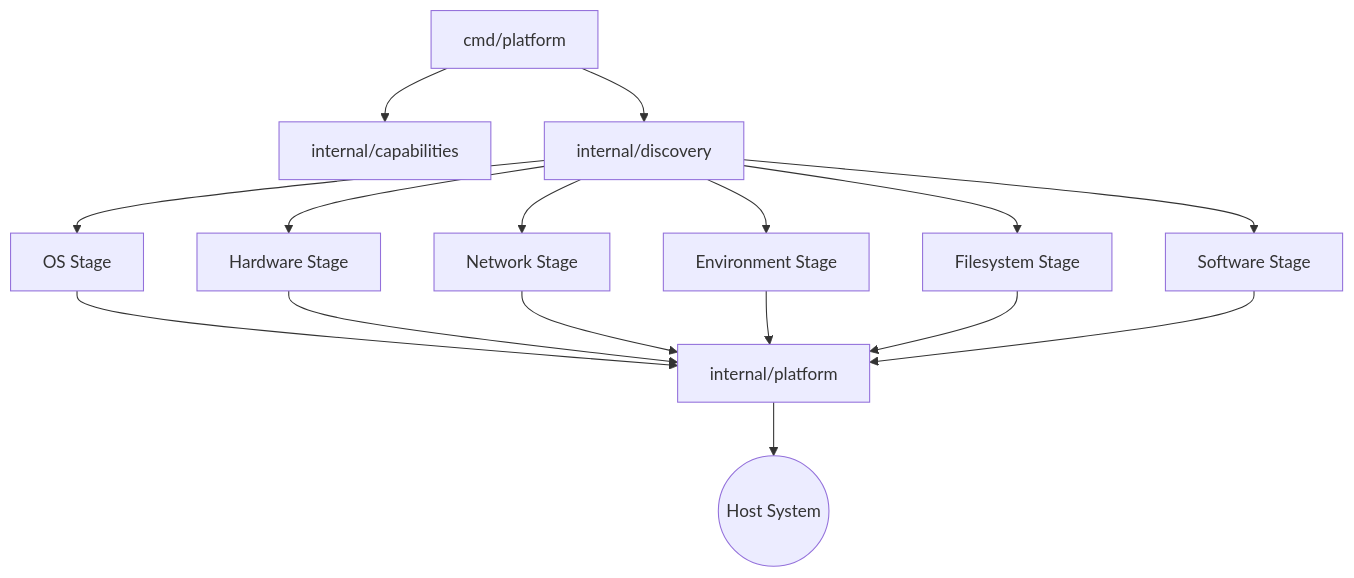
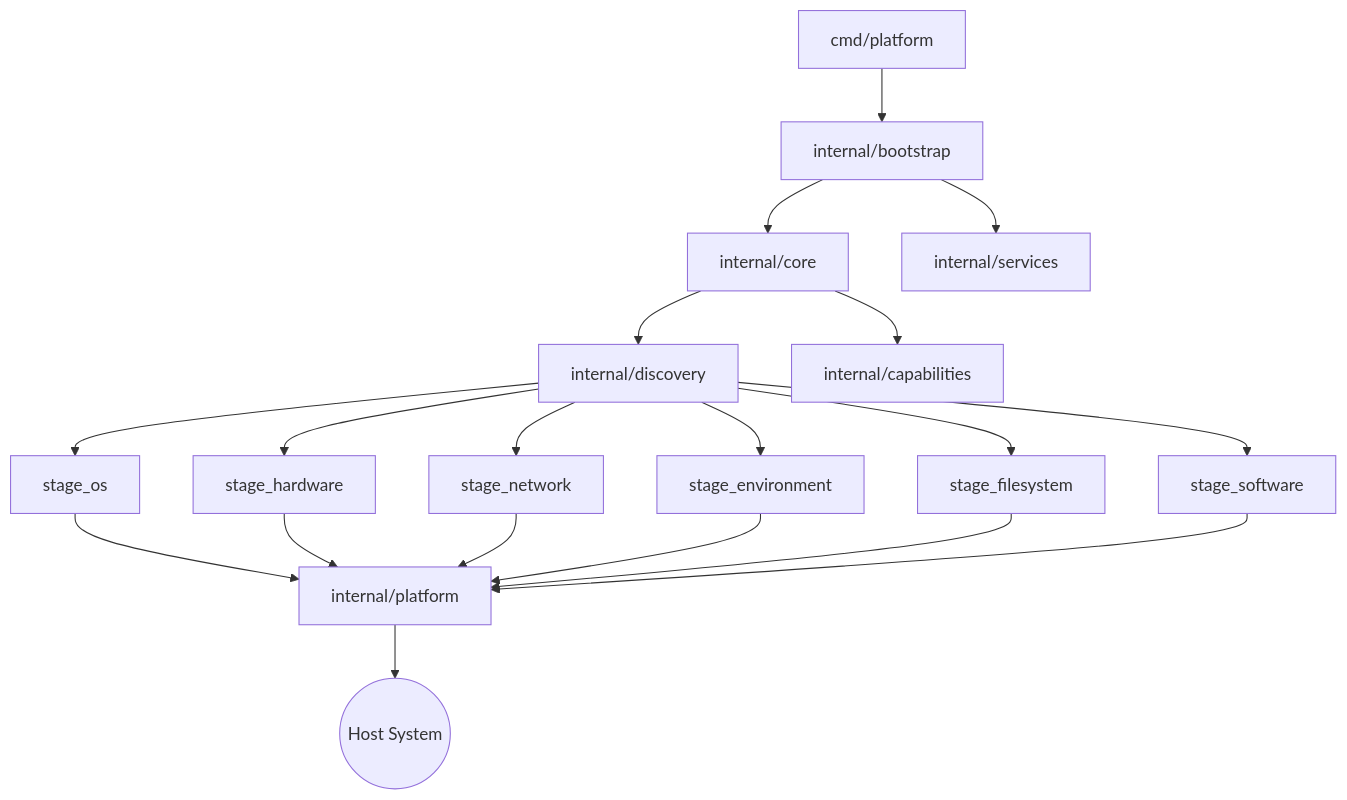
One commit to Hardik-Sankhla/base-infrastructure changed the first of 3 diagrams in docs/architecture/diagrams.md. Above: the diagram before and after it, drawn with Mermaid. The commit also changed 9 other files, not shown here.

First line of the commit message:
docs: synchronize documentation with v0.4.0 architecture freeze

````diff
--- a/docs/architecture/diagrams.md
+++ b/docs/architecture/diagrams.md
@@ -4,21 +4,25 @@
 ```mermaid
 graph TD
-    CLI[cmd/platform] --> Builder[internal/capabilities]
-    CLI --> Pipeline[internal/discovery]
+    CLI[cmd/platform] --> Bootstrap[internal/bootstrap]
+    Bootstrap --> Core[internal/core]
+    Bootstrap --> Services[internal/services]
     
-    Pipeline --> StageOS[OS Stage]
-    Pipeline --> StageHW[Hardware Stage]
-    Pipeline --> StageNet[Network Stage]
-    Pipeline --> StageEnv[Environment Stage]
-    Pipeline --> StageFS[Filesystem Stage]
-    Pipeline --> StageSoft[Software Stage]
+    Core --> Discovery[internal/discovery]
+    Core --> Capabilities[internal/capabilities]
+    
+    Discovery --> StageOS[stage_os]
+    Discovery --> StageHW[stage_hardware]
+    Discovery --> StageNet[stage_network]
+    Discovery --> StageEnv[stage_environment]
+    Discovery --> StageFS[stage_filesystem]
+    Discovery --> StageSoft[stage_software]
     
     StageOS --> PlatformAbstraction[internal/platform]
     StageHW --> PlatformAbstraction
     StageNet --> PlatformAbstraction
     StageEnv --> PlatformAbstraction
     StageFS --> PlatformAbstraction
     StageSoft --> PlatformAbstraction
 
     PlatformAbstraction --> HostOS((Host System))
 ```
````
